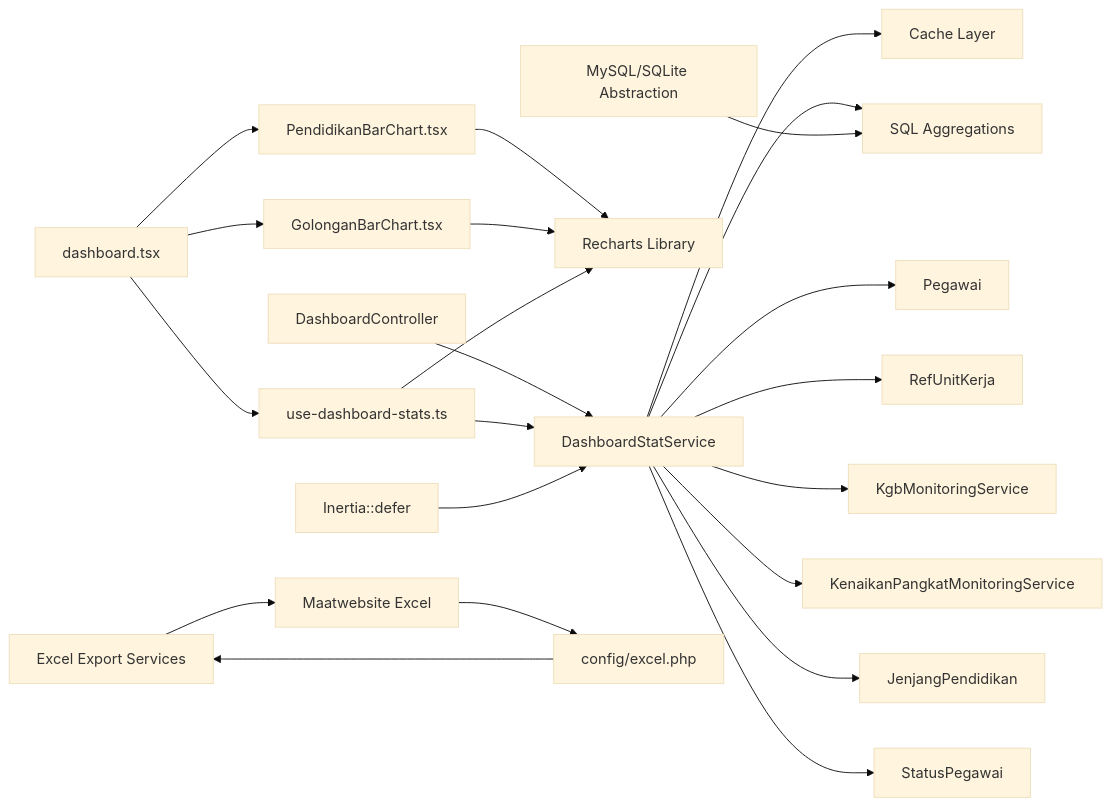
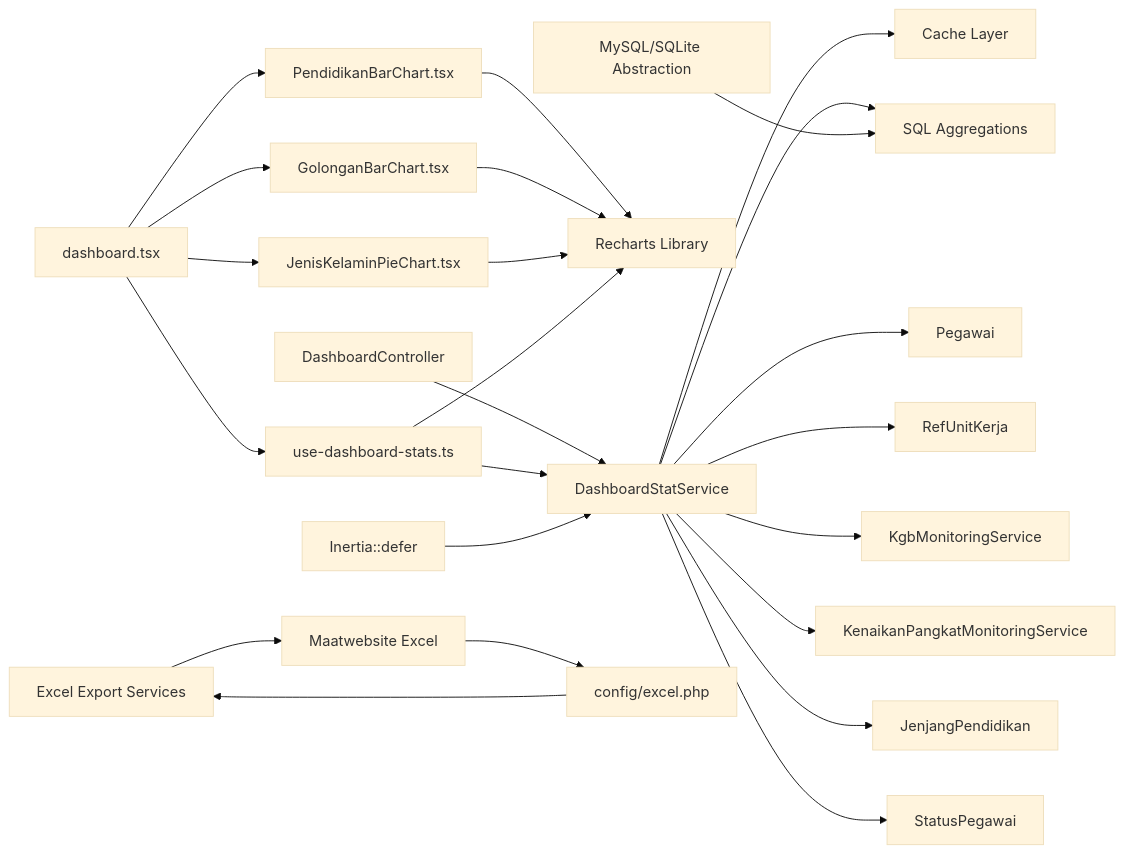
The fifth of 5 diagrams in .qoder/repowiki/en/content/Monitoring and Analytics System/Dashboard Analytics and Statistics.md (PA-Penajam/kepegawaian_apps), drawn with Mermaid (base theme) before and after one commit. The commit also changed other lines of this file and 4 other files, not shown here.

````diff
--- a/.qoder/repowiki/en/content/Monitoring and Analytics System/Dashboard Analytics and Statistics.md
+++ b/.qoder/repowiki/en/content/Monitoring and Analytics System/Dashboard Analytics and Statistics.md
@@ -520,24 +542,26 @@
 ```mermaid
 graph LR
 DSS["DashboardStatService"] --> CACHE["Cache Layer"]
 DSS --> SQL["SQL Aggregations"]
 DSS --> PM["Pegawai"]
 DSS --> RK["RefUnitKerja"]
 DSS --> KGB["KgbMonitoringService"]
 DSS --> KP["KenaikanPangkatMonitoringService"]
 DSS --> JP["JenjangPendidikan"]
 DSS --> SP["StatusPegawai"]
 DC["DashboardController"] --> DSS
 Page["dashboard.tsx"] --> Hook["use-dashboard-stats.ts"]
 Hook --> DSS
 Page --> PendidikanChart["PendidikanBarChart.tsx"]
 Page --> GolonganChart["GolonganBarChart.tsx"]
+Page --> GenderChart["JenisKelaminPieChart.tsx"]
 PendidikanChart --> Recharts["Recharts Library"]
 GolonganChart --> Recharts
+GenderChart --> Recharts
 Hook --> Recharts
 Deferred["Inertia::defer"] --> DSS
 DBAbstraction["MySQL/SQLite Abstraction"] --> SQL
 ExcelExport["Excel Export Services"] --> ExcelPackage["Maatwebsite Excel"]
 ExcelConfig["config/excel.php"] --> ExcelExport
 ExcelPackage --> ExcelConfig
 ```
````
